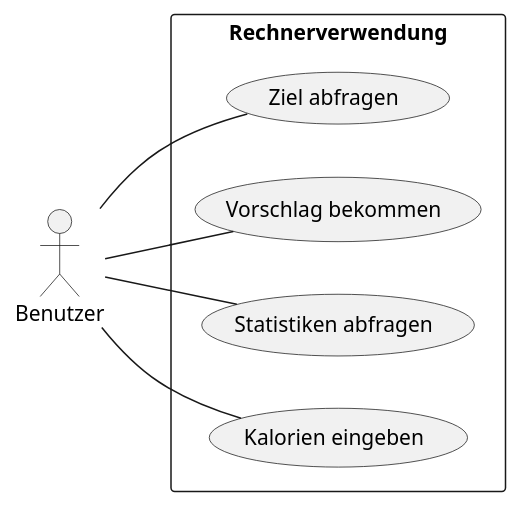
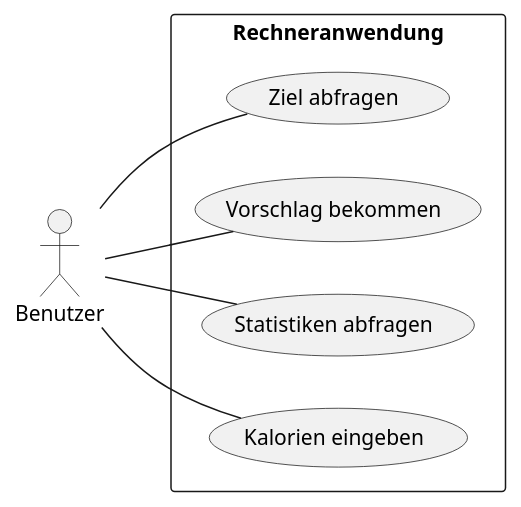
One commit to 2223-3bhif-syp/02-projekte-CalorieCounter changed the diagram in asciidocs/plantuml/Usecasediagram.puml. Above: the diagram before and after it, drawn with PlantUML. The commit also changed 3 other files, not shown here.

```diff
--- a/asciidocs/plantuml/Usecasediagram.puml
+++ b/asciidocs/plantuml/Usecasediagram.puml
@@ -1,19 +1,19 @@
 @startuml
 
 left to right direction
 
 actor "Benutzer" as user
 
-rectangle Rechnerverwendung {
+rectangle Rechneranwendung {
     usecase "Ziel abfragen" as ziel
     usecase "Vorschlag bekommen" as vorschlag
     usecase "Statistiken abfragen" as stats
     usecase "Kalorien eingeben" as eingeben
 
     user -- ziel
     user -- vorschlag
     user -- stats
     user -- eingeben
 }
 
 @enduml
```
